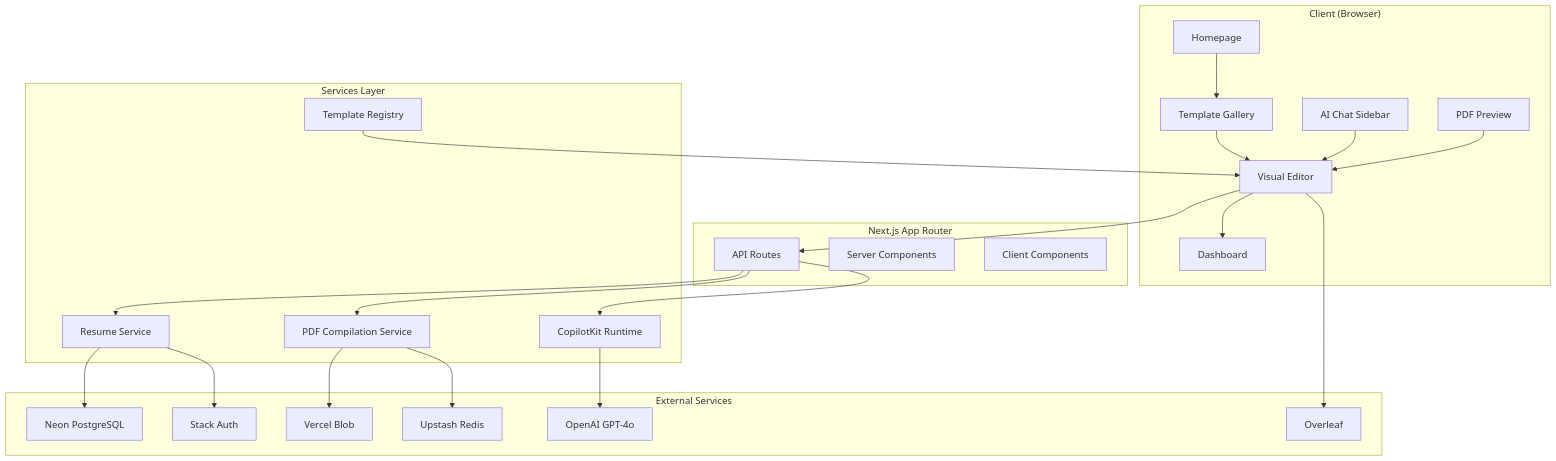
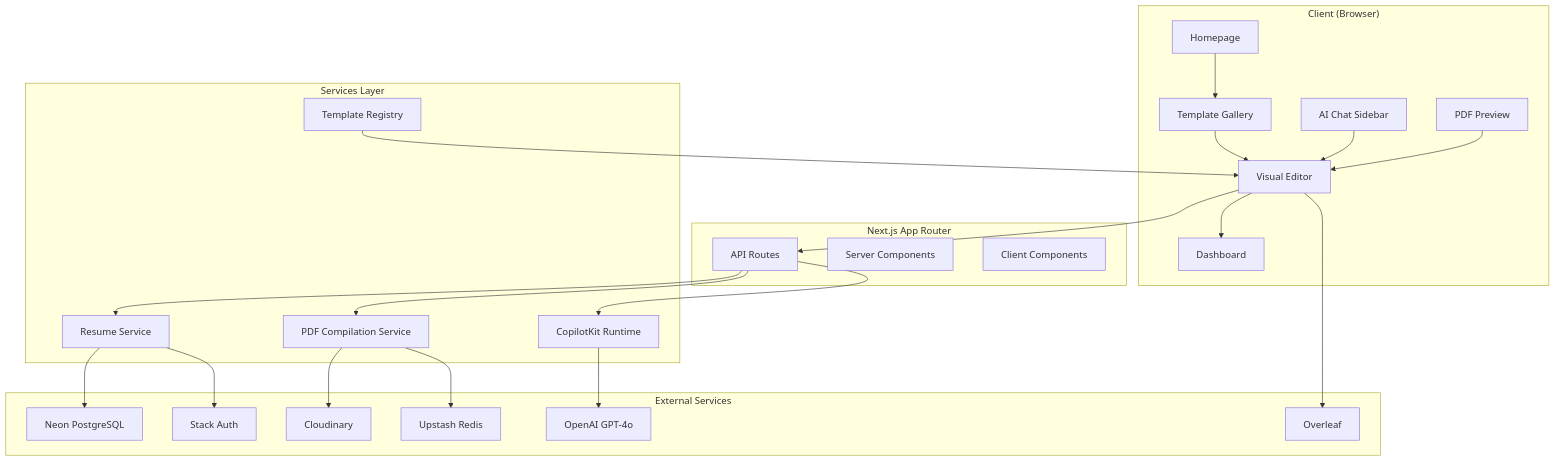
Before and after one commit to ChanMeng666/easy-resume: the first of 6 diagrams in README.md, drawn with Mermaid. The commit also changed other lines of this file and 4 other files, not shown here.

First line of the commit message:
Migrate PDF storage from Vercel Blob to Cloudinary

````diff
--- a/README.md
+++ b/README.md
@@ -339,44 +339,44 @@
 ```mermaid
 graph TB
     subgraph "Client (Browser)"
         A[Homepage] --> B[Template Gallery]
         B --> C[Visual Editor]
         C --> D[Dashboard]
         E[AI Chat Sidebar] --> C
         F[PDF Preview] --> C
     end
     
     subgraph "Next.js App Router"
         G[API Routes]
         H[Server Components]
         I[Client Components]
     end
     
     subgraph "Services Layer"
         J[Resume Service]
         K[PDF Compilation Service]
         L[Template Registry]
         M[CopilotKit Runtime]
     end
     
     subgraph "External Services"
         N[Neon PostgreSQL]
         O[Stack Auth]
-        P[Vercel Blob]
+        P[Cloudinary]
         Q[Upstash Redis]
         R[OpenAI GPT-4o]
         S[Overleaf]
     end
     
     C --> G
     G --> J
     G --> K
     G --> M
     J --> N
     J --> O
     K --> P
     K --> Q
     M --> R
     C --> S
     L --> C
 ```
````
